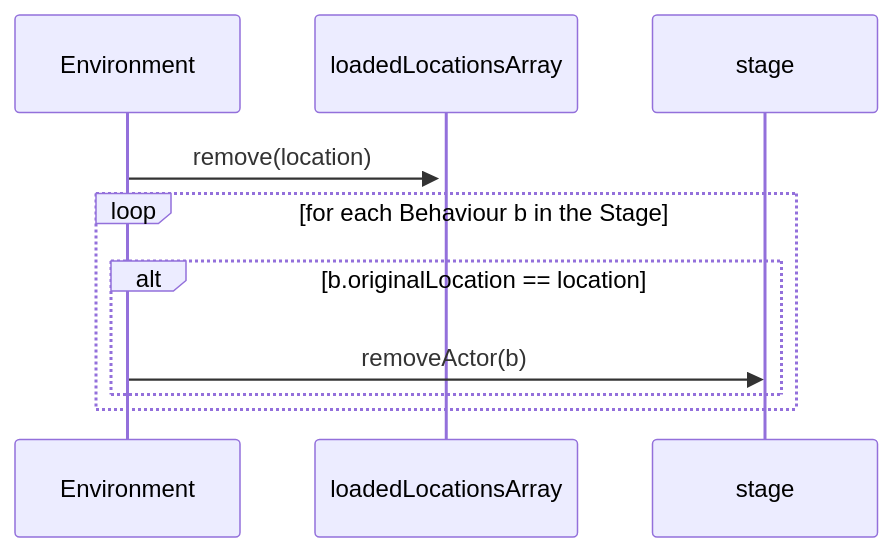
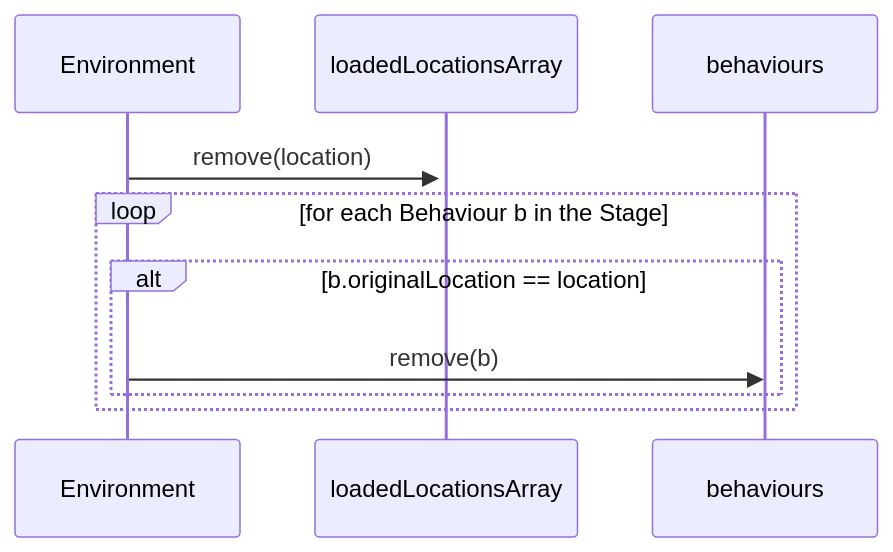
Before and after one commit to StrangeClone/GreatGame: diagram 29 of 36 in class_design/Version_0_1.md, drawn with Mermaid. The commit also changed other lines of this file and 24 other files, not shown here.

````diff
--- a/class_design/Version_0_1.md
+++ b/class_design/Version_0_1.md
@@ -1243,9 +1243,9 @@
 ```mermaid
 sequenceDiagram
     Environment ->>+ loadedLocationsArray : remove(location)
     loop for each Behaviour b in the Stage
         alt b.originalLocation == location
-            Environment ->> stage : removeActor(b)
+            Environment ->> behaviours : remove(b)
         end
     end
 ```
````
